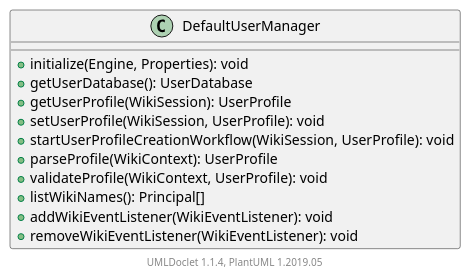
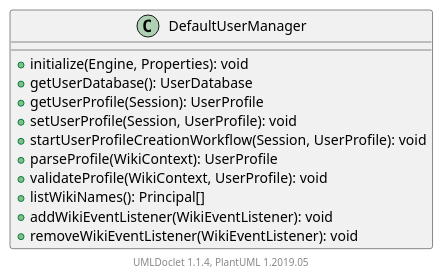
Before and after one commit to apache/jspwiki-site: the diagram in apidocs/2.11.0.M7-SNAPSHOT/org/apache/wiki/auth/DefaultUserManager.puml, drawn with PlantUML. The commit also changed 1379 other files, not shown here.

```diff
--- a/apidocs/2.11.0.M7-SNAPSHOT/org/apache/wiki/auth/DefaultUserManager.puml
+++ b/apidocs/2.11.0.M7-SNAPSHOT/org/apache/wiki/auth/DefaultUserManager.puml
@@ -1,18 +1,18 @@
 @startuml
 
     class DefaultUserManager [[DefaultUserManager.html]] {
         +initialize(Engine, Properties): void
         +getUserDatabase(): UserDatabase
-        +getUserProfile(WikiSession): UserProfile
-        +setUserProfile(WikiSession, UserProfile): void
-        +startUserProfileCreationWorkflow(WikiSession, UserProfile): void
+        +getUserProfile(Session): UserProfile
+        +setUserProfile(Session, UserProfile): void
+        +startUserProfileCreationWorkflow(Session, UserProfile): void
         +parseProfile(WikiContext): UserProfile
         +validateProfile(WikiContext, UserProfile): void
         +listWikiNames(): Principal[]
         +addWikiEventListener(WikiEventListener): void
         +removeWikiEventListener(WikiEventListener): void
     }
 
 
     center footer UMLDoclet 1.1.4, PlantUML 1.2019.05
 @enduml
```
